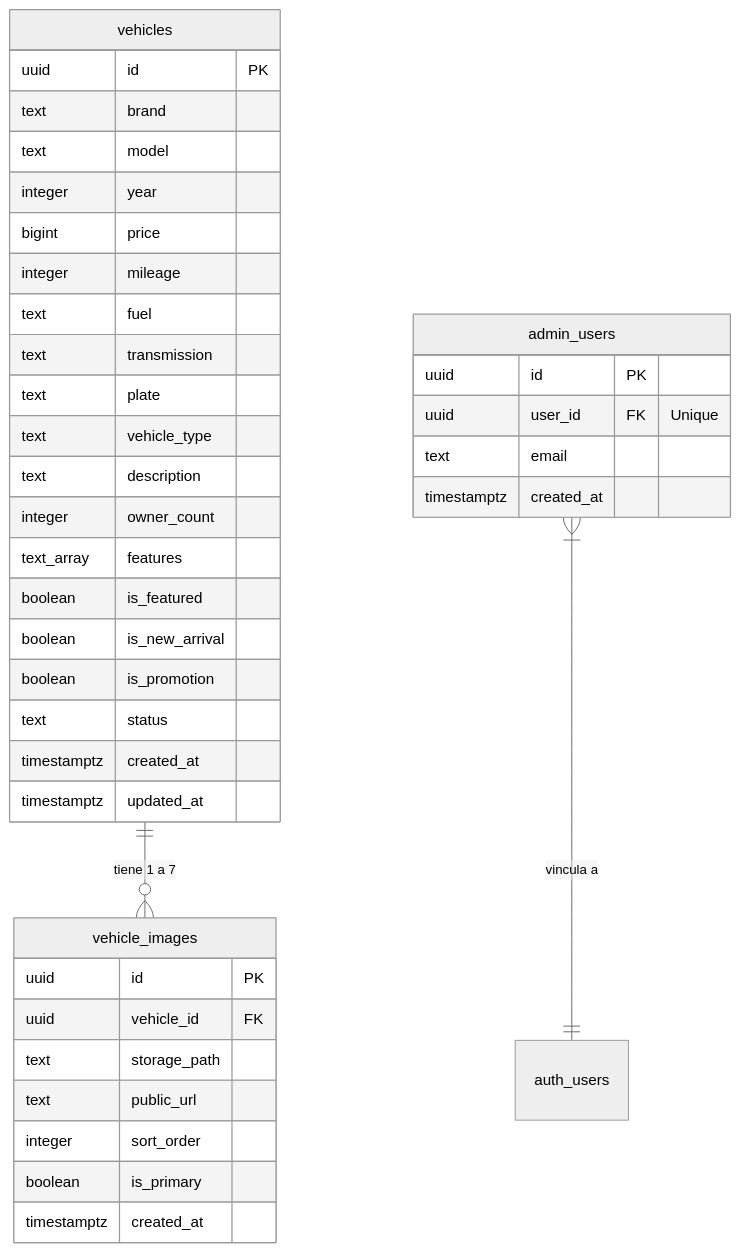
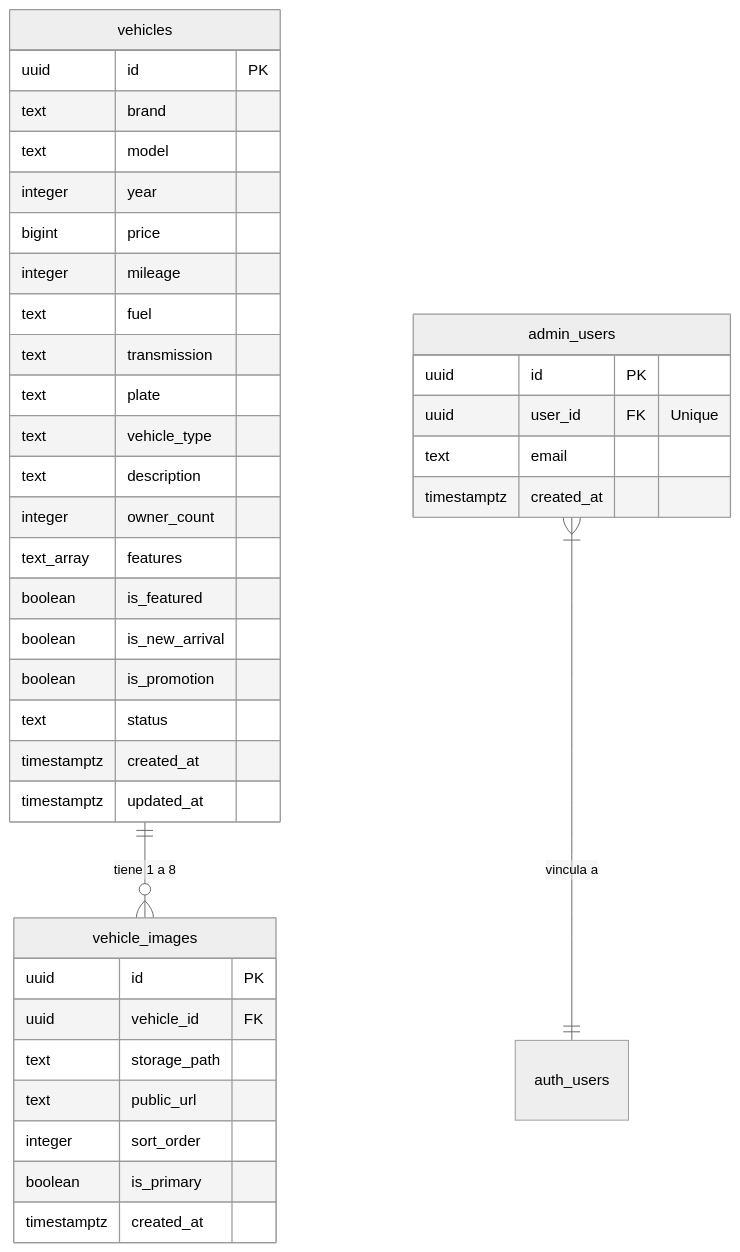
One commit to TheJockerr/TDImotors-prod changed the diagram in DATABASE_SCHEMA.md. Above: the diagram before and after it, drawn with Mermaid (neutral theme). The commit also changed other lines of this file and 20 other files, not shown here.

````diff
--- a/DATABASE_SCHEMA.md
+++ b/DATABASE_SCHEMA.md
@@ -9,44 +9,44 @@
 ```mermaid
 erDiagram
-    vehicles ||--o{ vehicle_images : "tiene 1 a 7"
+    vehicles ||--o{ vehicle_images : "tiene 1 a 8"
     admin_users }|--|| auth_users : "vincula a"
 
     vehicles {
         uuid id PK
         text brand
         text model
         integer year
         bigint price
         integer mileage
         text fuel
         text transmission
         text plate
         text vehicle_type
         text description
         integer owner_count
         text_array features
         boolean is_featured
         boolean is_new_arrival
         boolean is_promotion
         text status
         timestamptz created_at
         timestamptz updated_at
     }
 
     vehicle_images {
         uuid id PK
         uuid vehicle_id FK
         text storage_path
         text public_url
         integer sort_order
         boolean is_primary
         timestamptz created_at
     }
 
     admin_users {
         uuid id PK
         uuid user_id FK "Unique"
         text email
         timestamptz created_at
     }
 ```
````
